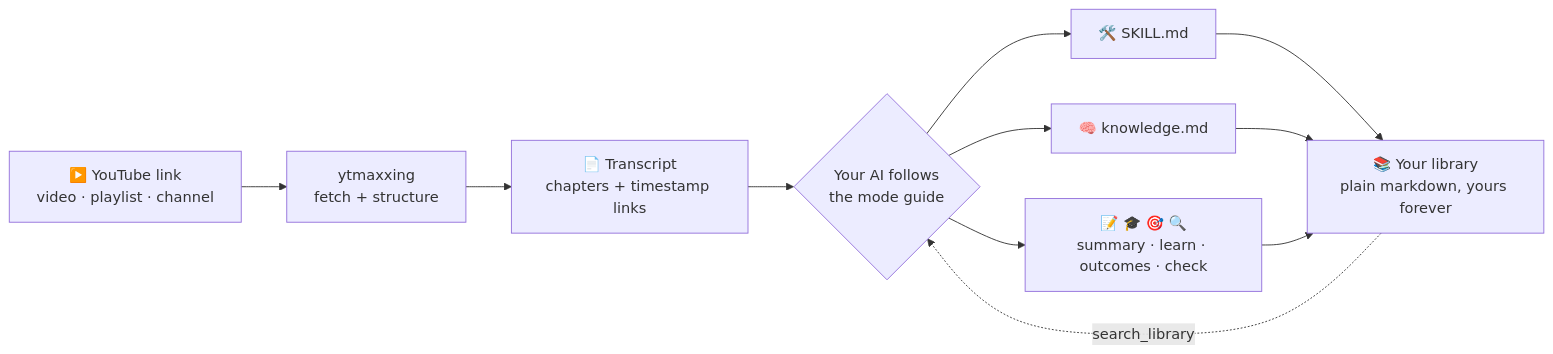
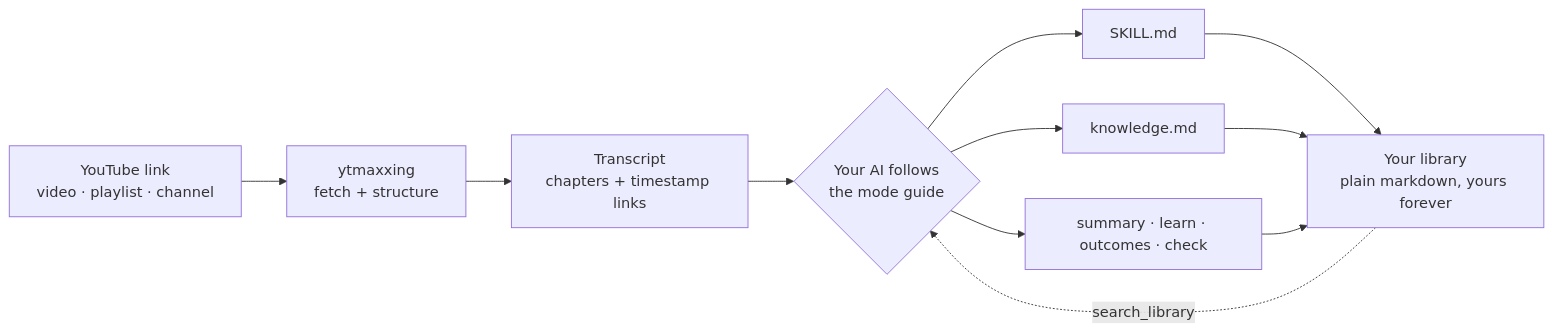
One commit to Oal36ar/ytmaxxing changed the diagram in README.md. Above: the diagram before and after it, drawn with Mermaid. The commit also changed other lines of this file and 20 other files, not shown here.

````diff
--- a/README.md
+++ b/README.md
@@ -172,11 +172,11 @@
 ```mermaid
 flowchart LR
-    A["▶️ YouTube link<br/>video · playlist · channel"] --> B["ytmaxxing<br/>fetch + structure"]
-    B --> C["📄 Transcript<br/>chapters + timestamp links"]
+    A["YouTube link<br/>video · playlist · channel"] --> B["ytmaxxing<br/>fetch + structure"]
+    B --> C["Transcript<br/>chapters + timestamp links"]
     C --> D{"Your AI follows<br/>the mode guide"}
-    D --> E["🛠️ SKILL.md"]
-    D --> F["🧠 knowledge.md"]
-    D --> G["📝 🎓 🎯 🔍<br/>summary · learn · outcomes · check"]
-    E & F & G --> H["📚 Your library<br/>plain markdown, yours forever"]
+    D --> E["SKILL.md"]
+    D --> F["knowledge.md"]
+    D --> G["summary · learn · outcomes · check"]
+    E & F & G --> H["Your library<br/>plain markdown, yours forever"]
     H -. "search_library" .-> D
 ```
````
